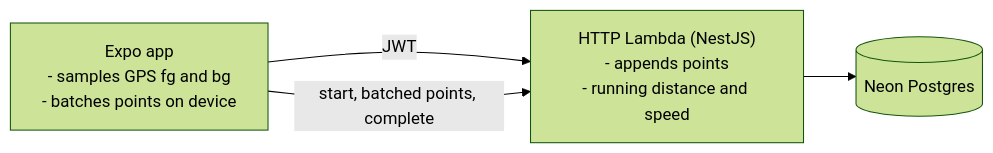
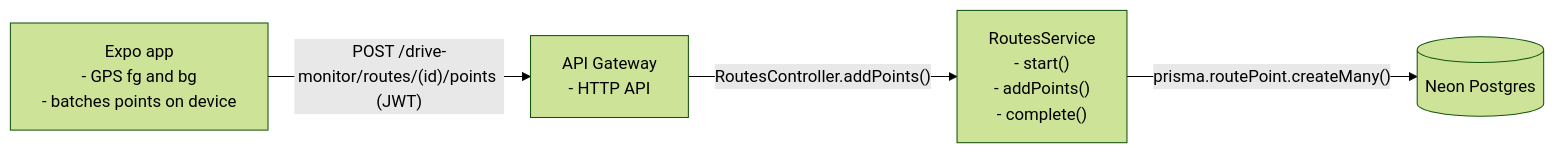
Before and after one commit to elleskay/drivebuddy: the first of 6 diagrams in README.md, drawn with Mermaid (forest theme). The commit also changed other lines of this file and 94 other files, not shown here.

````diff
--- a/README.md
+++ b/README.md
@@ -149,9 +149,6 @@
 ```mermaid
 flowchart LR
-  App["Expo app<br/>- samples GPS fg and bg<br/>- batches points on device"]
-  API["HTTP Lambda (NestJS)<br/>- appends points<br/>- running distance and speed"]
-  Neon[("Neon Postgres")]
-  App -->|JWT| API
-  App -->|"start, batched points, complete"| API
-  API --> Neon
+  App["Expo app<br/>- GPS fg and bg<br/>- batches points on device"] -->|"POST /drive-monitor/routes/(id)/points (JWT)"| APIGW["API Gateway<br/>- HTTP API"]
+  APIGW -->|"RoutesController.addPoints()"| Routes["RoutesService<br/>- start()<br/>- addPoints()<br/>- complete()"]
+  Routes -->|"prisma.routePoint.createMany()"| Neon[("Neon Postgres")]
 ```
````
